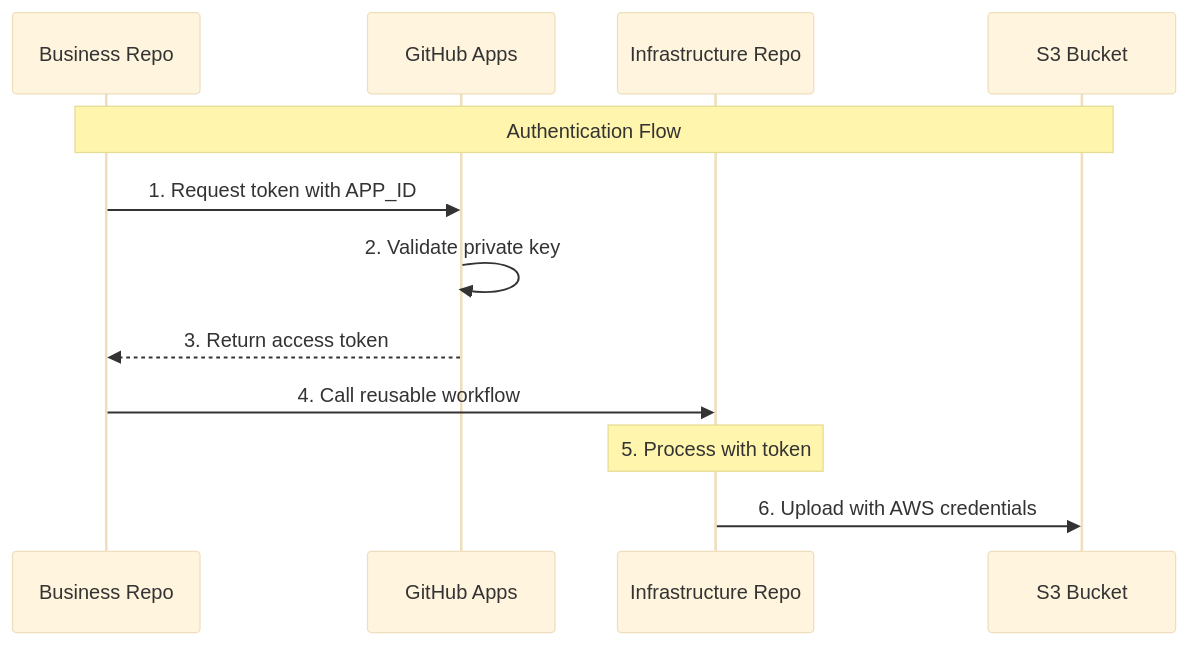
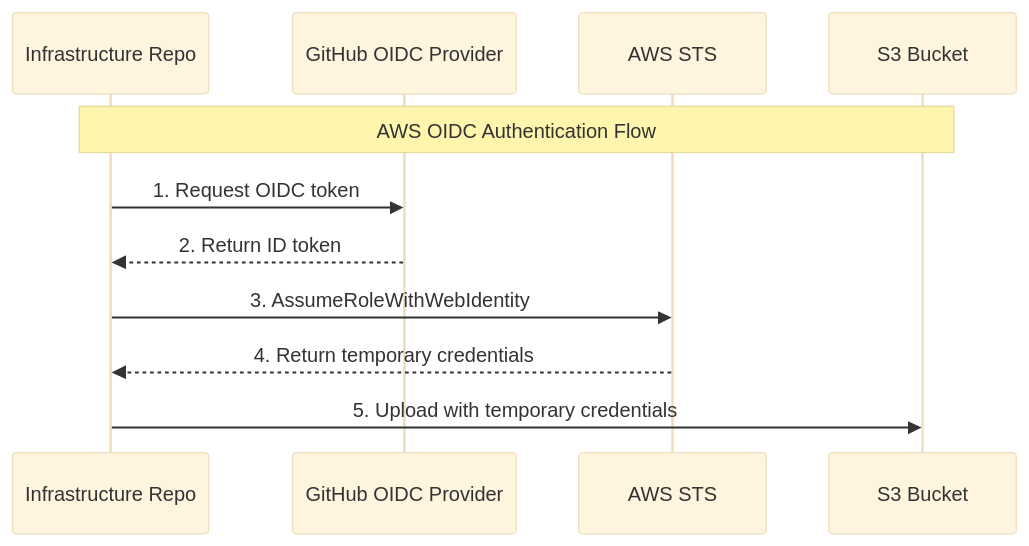
Before and after one commit to clf13092/ecs-task-definition-management: the fourth of 7 diagrams in ECS_Task_Definition_Management.md, drawn with Mermaid (base theme). The commit also changed other lines of this file, not shown here.

First line of the commit message:
Update documentation to reflect current workflow implementation

````diff
--- a/ECS_Task_Definition_Management.md
+++ b/ECS_Task_Definition_Management.md
@@ -167,16 +163,15 @@
 ```mermaid
 sequenceDiagram
-    participant BR as Business Repo
-    participant GA as GitHub Apps
     participant IR as Infrastructure Repo
+    participant OIDC as GitHub OIDC Provider
+    participant AWS as AWS STS
     participant S3 as S3 Bucket
     
-    Note over BR,S3: Authentication Flow
+    Note over IR,S3: AWS OIDC Authentication Flow
     
-    BR->>GA: 1. Request token with APP_ID
-    GA->>GA: 2. Validate private key
-    GA-->>BR: 3. Return access token
-    BR->>IR: 4. Call reusable workflow
-    Note over IR: 5. Process with token
-    IR->>S3: 6. Upload with AWS credentials
+    IR->>OIDC: 1. Request OIDC token
+    OIDC-->>IR: 2. Return ID token
+    IR->>AWS: 3. AssumeRoleWithWebIdentity
+    AWS-->>IR: 4. Return temporary credentials
+    IR->>S3: 5. Upload with temporary credentials
 ```
````
